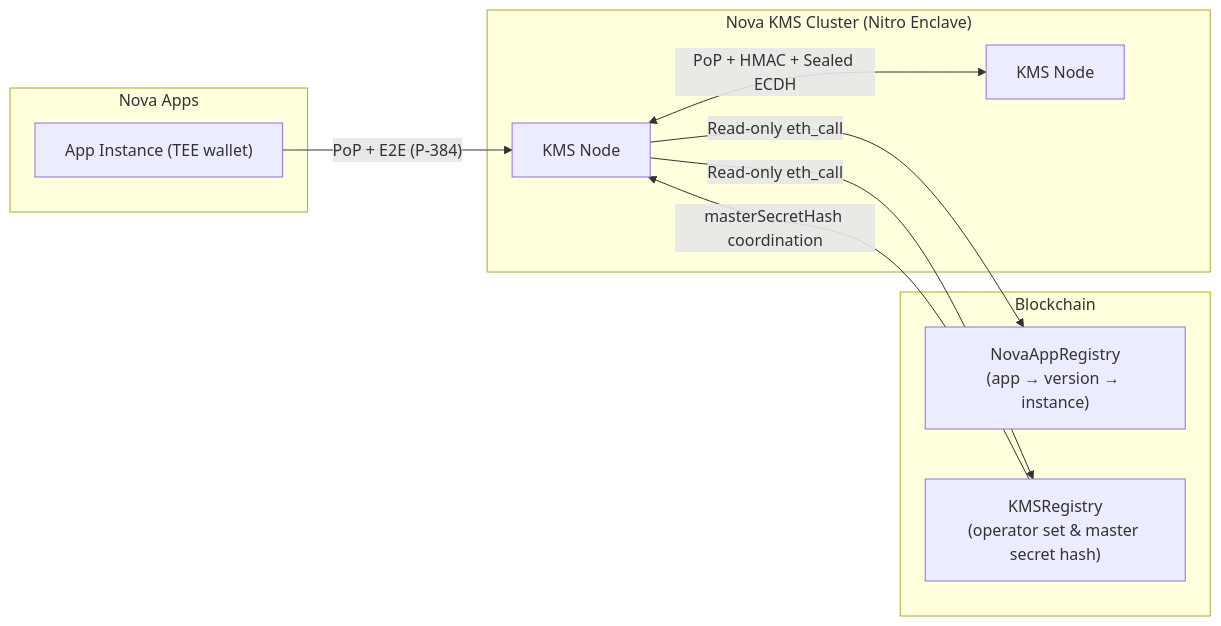
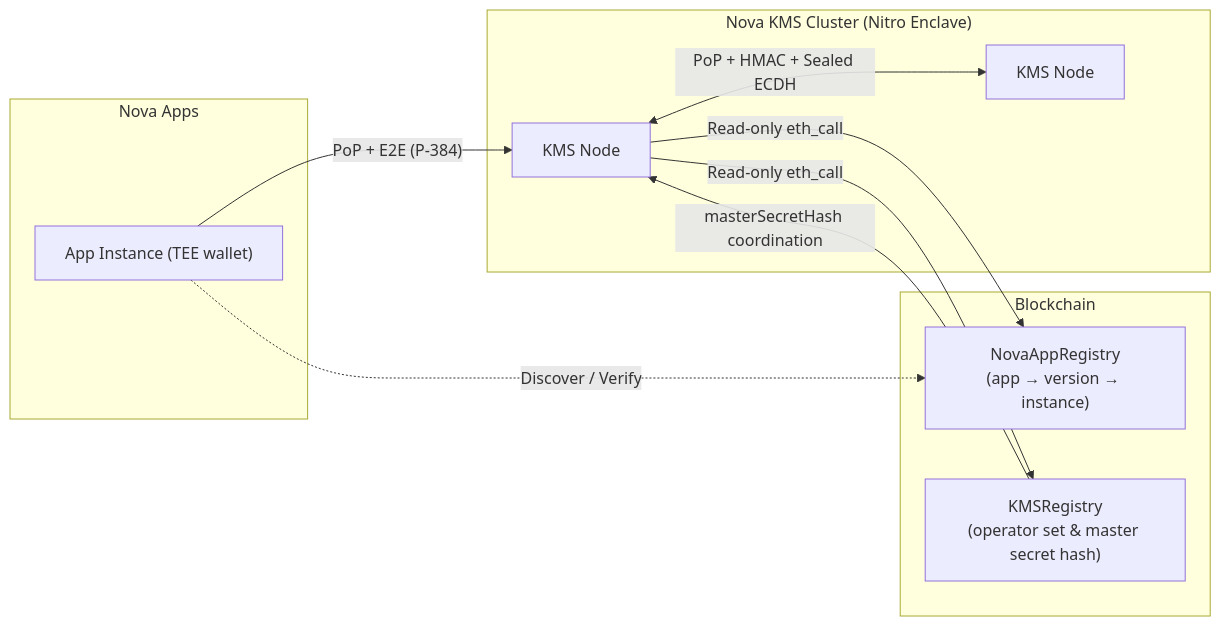
Before and after one commit to sparsity-xyz/nova-kms: the diagram in README.md, drawn with Mermaid. The commit also changed other lines of this file, not shown here.

````diff
--- a/README.md
+++ b/README.md
@@ -49,22 +49,23 @@
 ```mermaid
 graph LR
   subgraph Apps["Nova Apps"]
     A1["App Instance (TEE wallet)"]
   end
 
   subgraph KMS["Nova KMS Cluster (Nitro Enclave)"]
     N1["KMS Node"]
     N2["KMS Node"]
   end
 
   subgraph Chain["Blockchain"]
     R["NovaAppRegistry\n(app → version → instance)"]
     K["KMSRegistry\n(operator set & master secret hash)"]
   end
 
   A1 -->|"PoP + E2E (P-384)"| N1
+  A1 -.->|"Discover / Verify"| R
   N1 <-->|"PoP + HMAC + Sealed ECDH"| N2
   N1 -->|"Read-only eth_call"| R
   N1 -->|"Read-only eth_call"| K
   K -->|"masterSecretHash coordination"| N1
 ```
````
